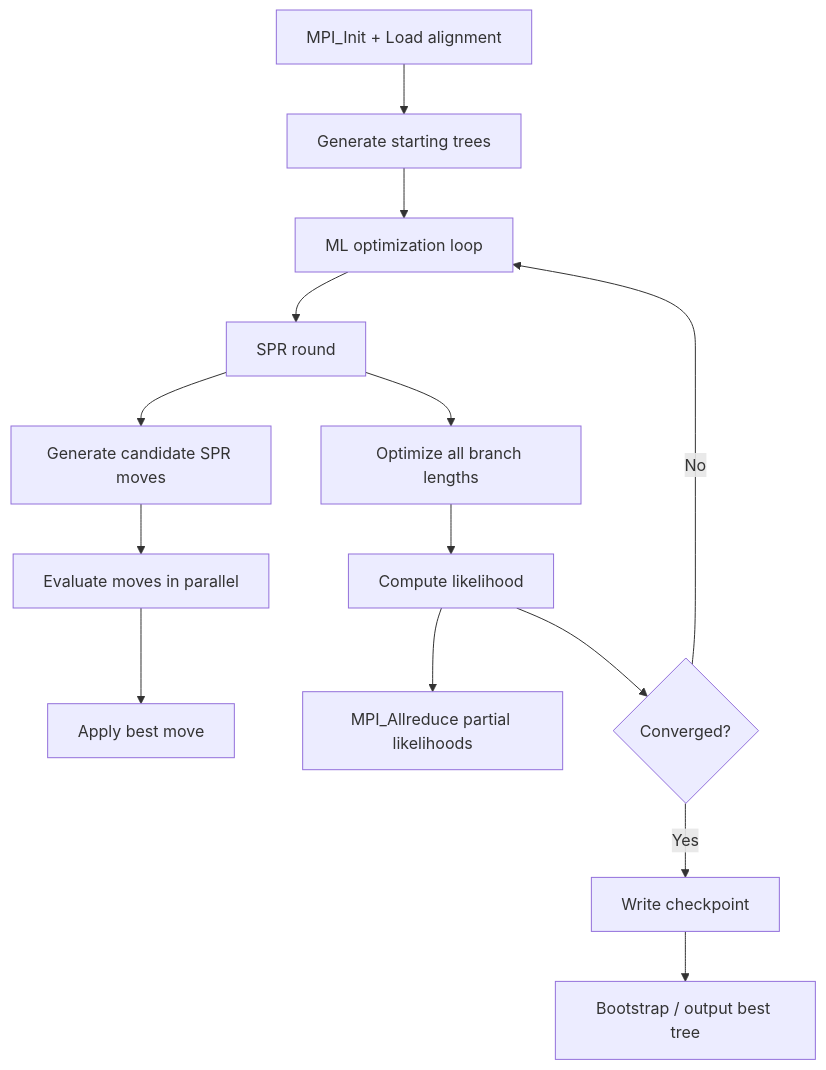
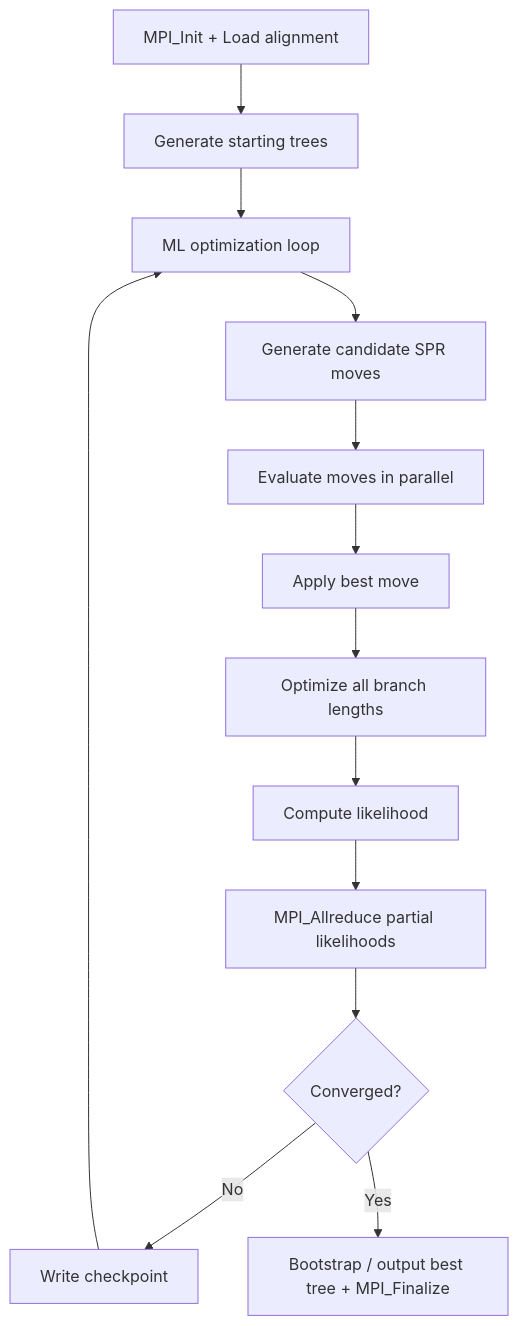
Before and after one commit to ngduchai/guard-agent: the diagram in tests/apps/docs/RAxML-NG/computation_flow.md, drawn with Mermaid. The commit also changed other lines of this file and 19 other files, not shown here.

First line of the commit message:
docs: fix all computation flow diagrams and add output comparison guide

````diff
--- a/tests/apps/docs/RAxML-NG/computation_flow.md
+++ b/tests/apps/docs/RAxML-NG/computation_flow.md
@@ -8,16 +8,15 @@
 ```mermaid
 flowchart TD
     A[MPI_Init + Load alignment] --> B[Generate starting trees]
     B --> C[ML optimization loop]
-    C --> D[SPR round]
-    D --> D1[Generate candidate SPR moves]
-    D1 --> D2[Evaluate moves in parallel]
+    C --> D[Generate candidate SPR moves]
+    D --> D2[Evaluate moves in parallel]
     D2 --> D3[Apply best move]
-    D --> E[Optimize all branch lengths]
+    D3 --> E[Optimize all branch lengths]
     E --> F[Compute likelihood]
-    F --> F1[MPI_Allreduce partial likelihoods]
-    F --> G{Converged?}
-    G -->|No| C
-    G -->|Yes| H[Write checkpoint]
-    H --> I[Bootstrap / output best tree]
+    F --> F1["MPI_Allreduce partial likelihoods"]
+    F1 --> G{Converged?}
+    G -->|No| H[Write checkpoint]
+    H --> C
+    G -->|Yes| I[Bootstrap / output best tree + MPI_Finalize]
 ```
````
